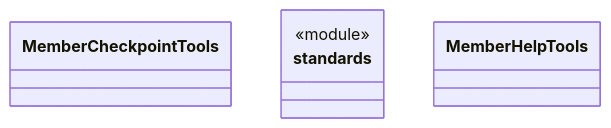
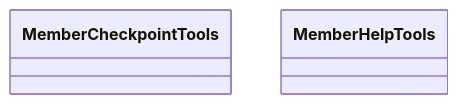
One commit to nan023062/cbim changed the third of 3 diagrams in src/logic/tasks/rules/ARCHITECTURE.md. Above: the diagram before and after it, drawn with Mermaid. The commit also changed other lines of this file and 136 other files, not shown here.

````diff
--- a/src/logic/tasks/rules/ARCHITECTURE.md
+++ b/src/logic/tasks/rules/ARCHITECTURE.md
@@ -21,11 +109,7 @@
 ```mermaid
 classDiagram
 class N_7a45e92e8828["MemberCheckpointTools"]
 click N_7a45e92e8828 href "member-checkpoint-tools.ts"
-class N_319fed2a00c7["standards"] {
-  <<module>>
-}
-click N_319fed2a00c7 href "standards.ts"
 class N_55acefacaaa4["MemberHelpTools"]
 click N_55acefacaaa4 href "member-help-tools.ts"
 ```
````
